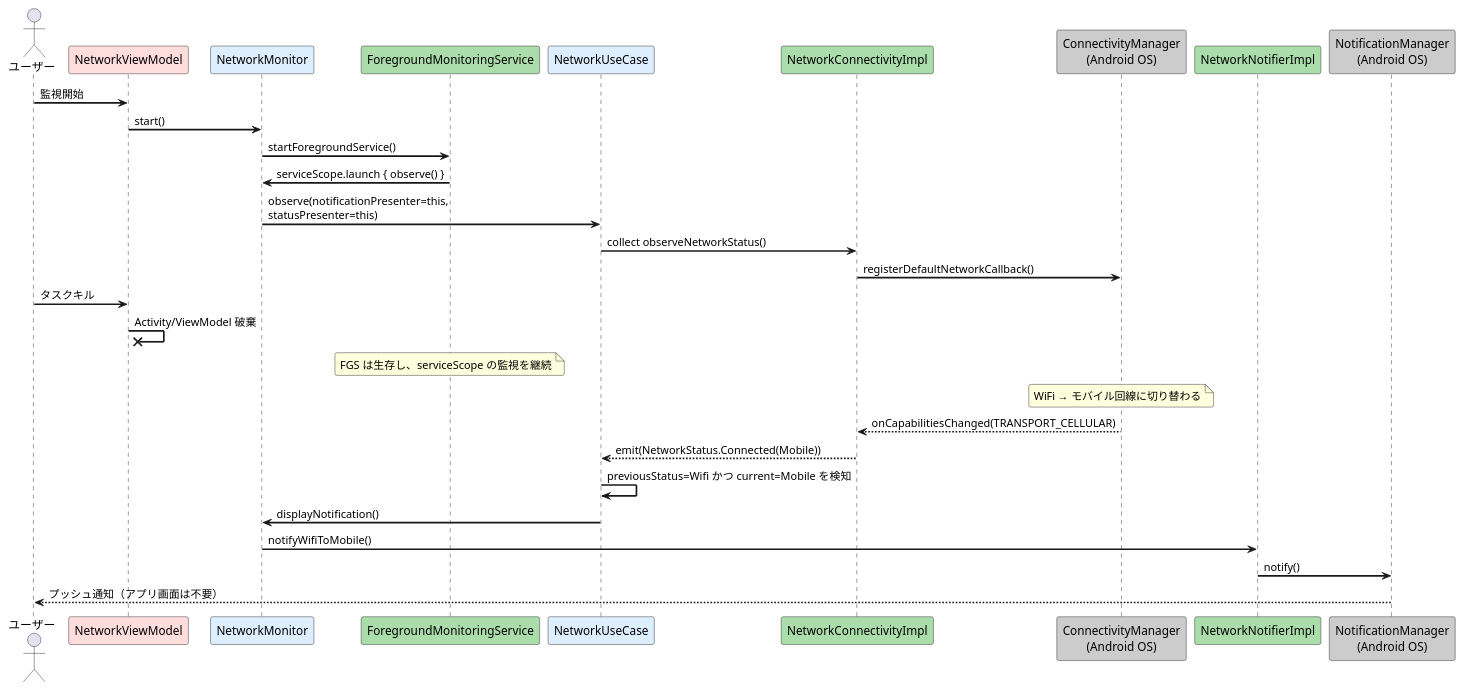
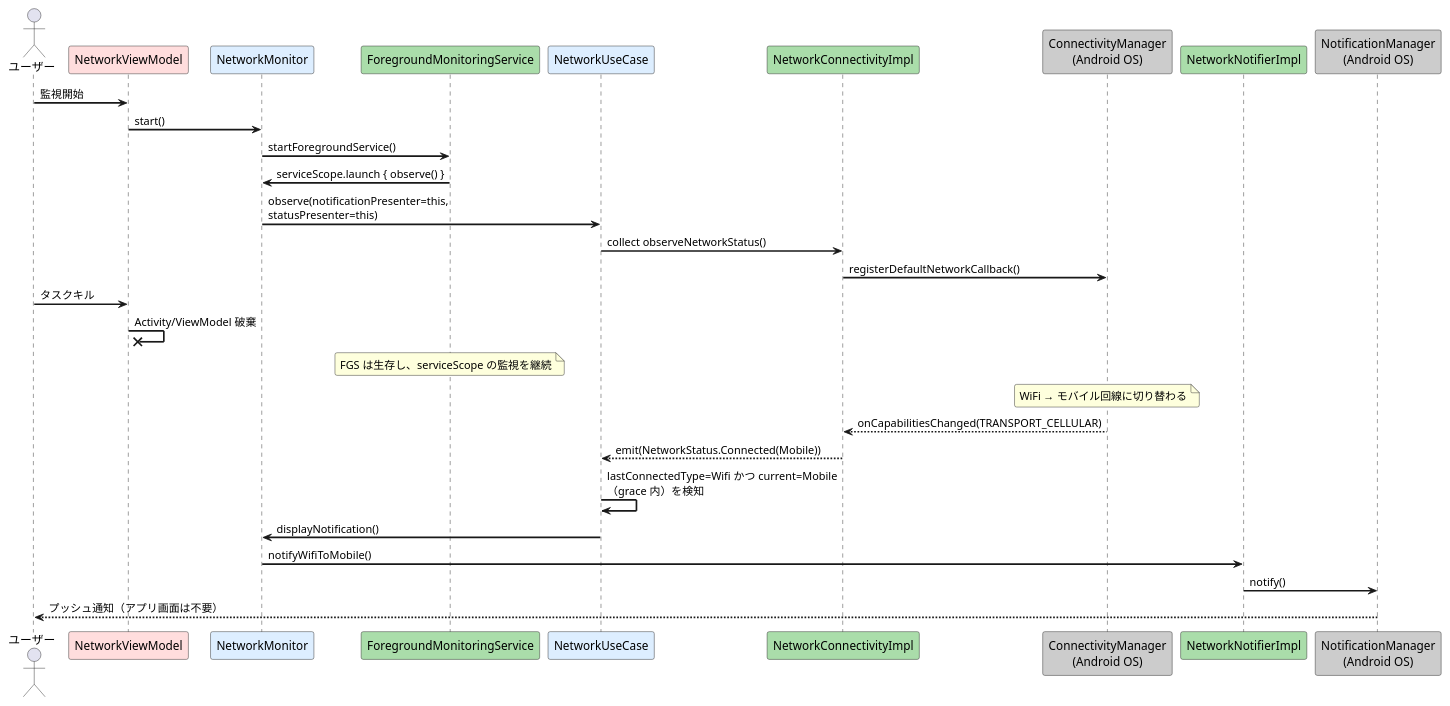
One commit to kyo1941/wifi-observer changed the fourth of 5 diagrams in docs/notification-sequence.md. Above: the diagram before and after it, drawn with PlantUML. The commit also changed other lines of this file and 1 other file, not shown here.

First line of the commit message:
docs: grace period による通知判定の設計を反映

````diff
--- a/docs/notification-sequence.md
+++ b/docs/notification-sequence.md
@@ -109,38 +152,38 @@
 ```plantuml
 @startuml
 skinparam sequenceArrowThickness 2
 skinparam roundcorner 5
 
 actor ユーザー
 participant "NetworkViewModel" as ViewModel #FFDDDD
 participant "NetworkMonitor" as Monitor #DDEEFF
 participant "ForegroundMonitoringService" as Service #AADDAA
 participant "NetworkUseCase" as UseCase #DDEEFF
 participant "NetworkConnectivityImpl" as Connectivity #AADDAA
 participant "ConnectivityManager\n(Android OS)" as OS #CCCCCC
 participant "NetworkNotifierImpl" as Notifier #AADDAA
 participant "NotificationManager\n(Android OS)" as NotifOS #CCCCCC
 
 ユーザー -> ViewModel: 監視開始
 ViewModel -> Monitor: start()
 Monitor -> Service: startForegroundService()
 Service -> Monitor: serviceScope.launch { observe() }
 Monitor -> UseCase: observe(notificationPresenter=this,\nstatusPresenter=this)
 UseCase -> Connectivity: collect observeNetworkStatus()
 Connectivity -> OS: registerDefaultNetworkCallback()
 
 ユーザー -> ViewModel: タスクキル
 ViewModel ->x ViewModel: Activity/ViewModel 破棄
 note over Service: FGS は生存し、serviceScope の監視を継続
 
 note over OS: WiFi → モバイル回線に切り替わる
 
 OS --> Connectivity: onCapabilitiesChanged(TRANSPORT_CELLULAR)
 Connectivity --> UseCase: emit(NetworkStatus.Connected(Mobile))
-UseCase -> UseCase: previousStatus=Wifi かつ current=Mobile を検知
+UseCase -> UseCase: lastConnectedType=Wifi かつ current=Mobile\n（grace 内）を検知
 UseCase -> Monitor: displayNotification()
 Monitor -> Notifier: notifyWifiToMobile()
 Notifier -> NotifOS: notify()
 NotifOS --> ユーザー: プッシュ通知（アプリ画面は不要）
 @enduml
 ```
````
